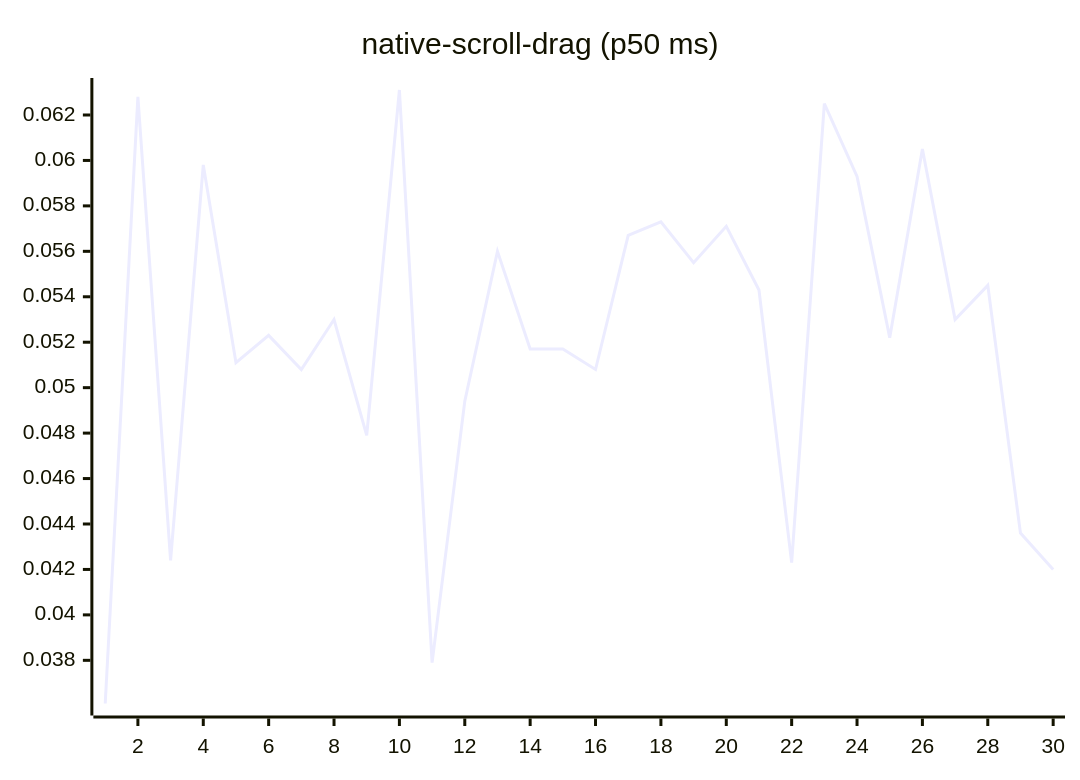
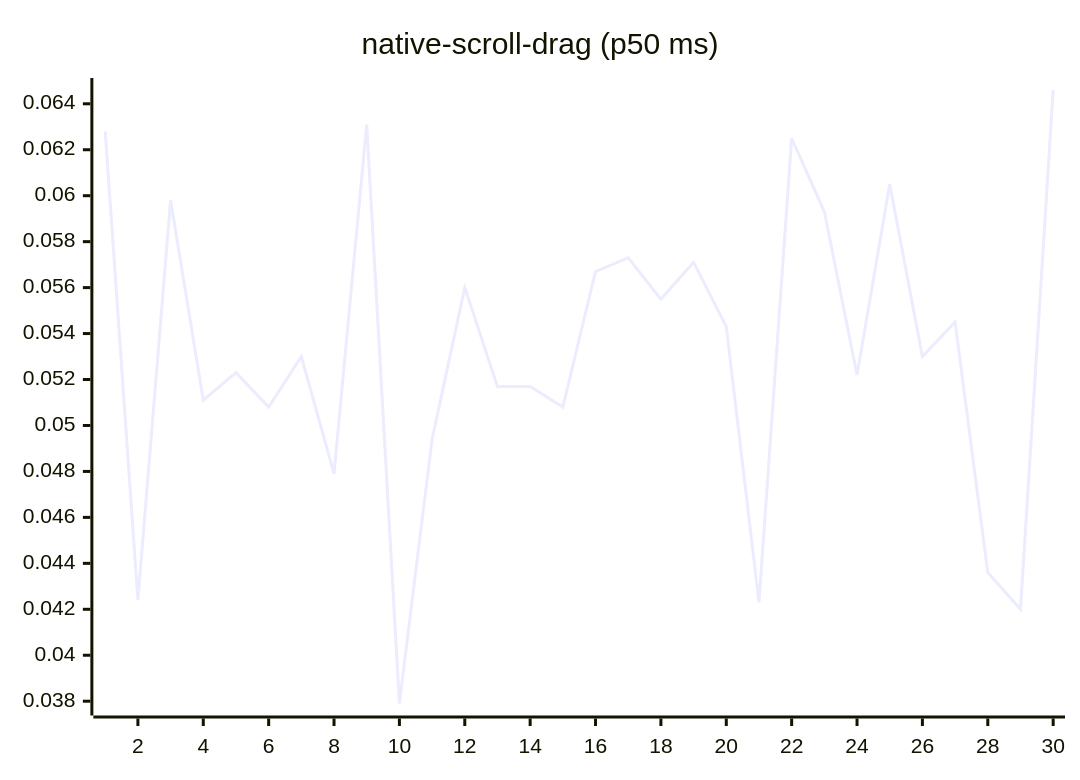
One commit to josha/Facet changed diagram 14 of 27 in README.md. Above: the diagram before and after it, drawn with Mermaid. The commit also changed other lines of this file and 2 other files, not shown here.

````diff
--- a/README.md
+++ b/README.md
@@ -154,6 +154,6 @@
 ```mermaid
 xychart-beta
     title "native-scroll-drag (p50 ms)"
     x-axis 1 --> 30
-    line [0.0361, 0.0628, 0.0424, 0.0598, 0.0511, 0.0523, 0.0508, 0.0530, 0.0479, 0.0631, 0.0379, 0.0494, 0.0560, 0.0517, 0.0517, 0.0508, 0.0567, 0.0573, 0.0555, 0.0571, 0.0543, 0.0423, 0.0625, 0.0593, 0.0522, 0.0605, 0.0530, 0.0545, 0.0436, 0.0420]
+    line [0.0628, 0.0424, 0.0598, 0.0511, 0.0523, 0.0508, 0.0530, 0.0479, 0.0631, 0.0379, 0.0494, 0.0560, 0.0517, 0.0517, 0.0508, 0.0567, 0.0573, 0.0555, 0.0571, 0.0543, 0.0423, 0.0625, 0.0593, 0.0522, 0.0605, 0.0530, 0.0545, 0.0436, 0.0420, 0.0646]
 ```
````
